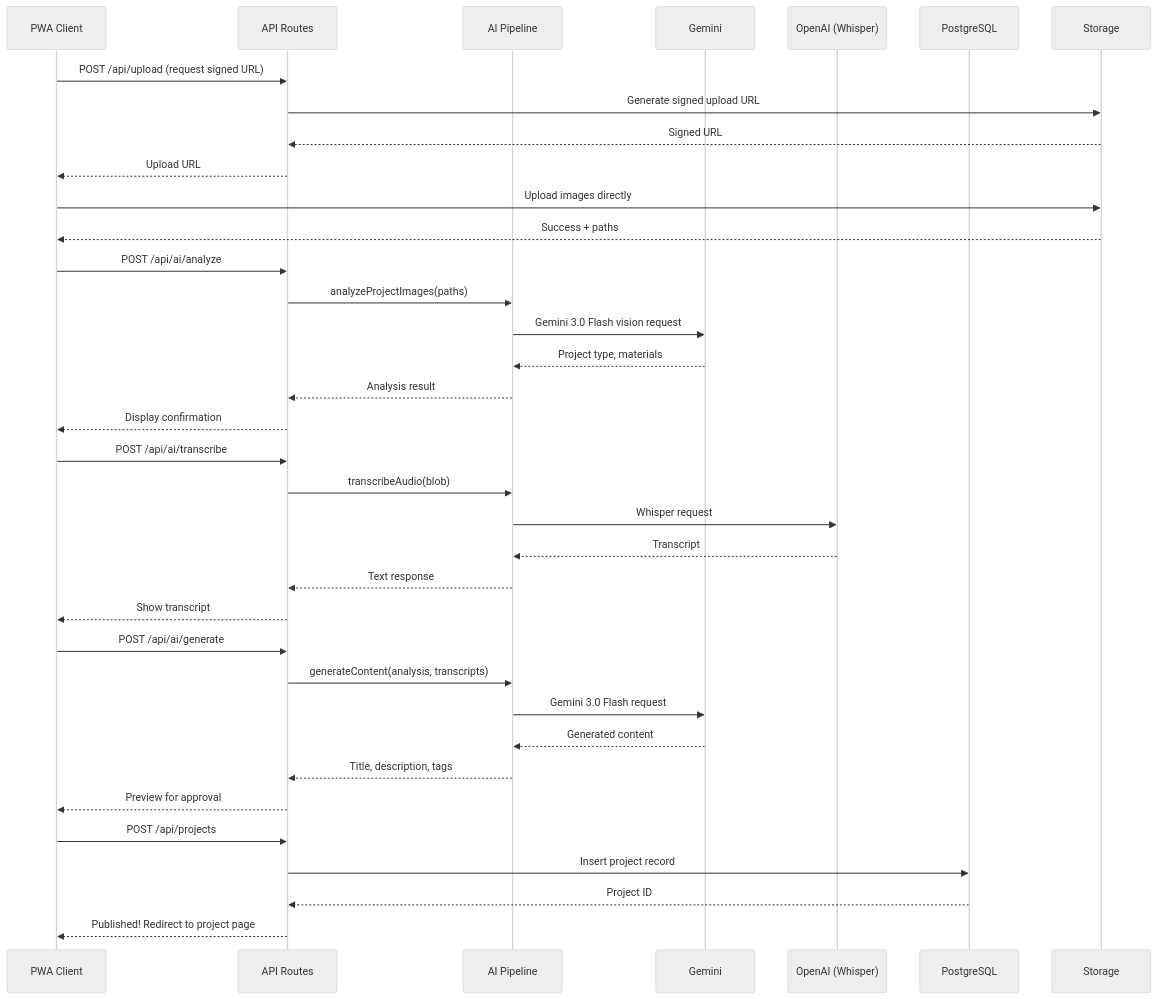
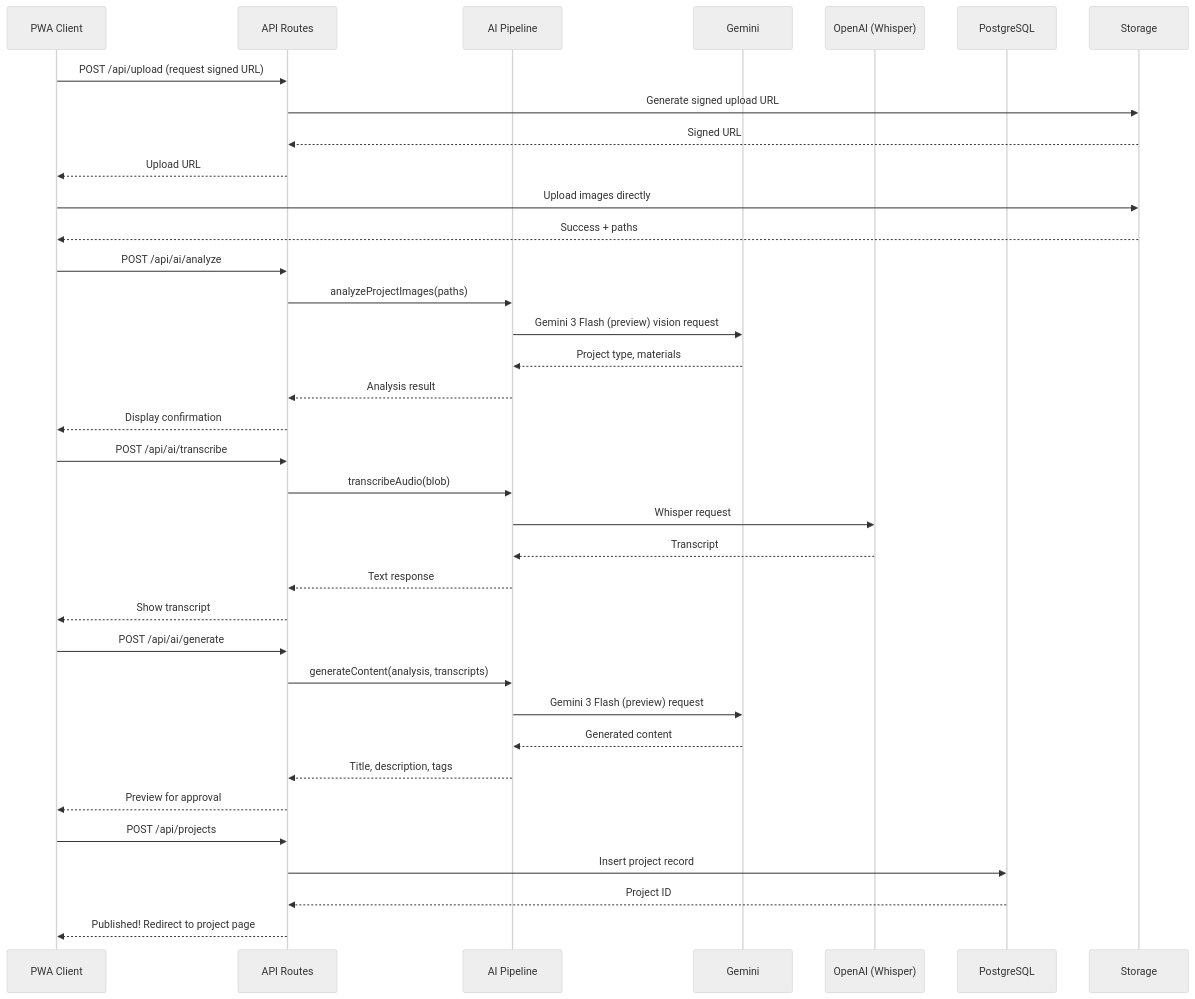
One commit to AaronBakerDev/knearme-platform changed the second of 2 diagrams in docs/03-architecture/c4-container.md. Above: the diagram before and after it, drawn with Mermaid (neutral theme). The commit also changed other lines of this file and 249 other files, not shown here.

First line of the commit message:
feat: Complete chat wizard with live preview, voice input, and multi-agent architecture

````diff
--- a/docs/03-architecture/c4-container.md
+++ b/docs/03-architecture/c4-container.md
@@ -184,44 +184,44 @@
 ```mermaid
 sequenceDiagram
     participant C as PWA Client
     participant API as API Routes
     participant AI as AI Pipeline
     participant GEM as Gemini
     participant OAI as OpenAI (Whisper)
     participant DB as PostgreSQL
     participant S3 as Storage
 
     C->>API: POST /api/upload (request signed URL)
     API->>S3: Generate signed upload URL
     S3-->>API: Signed URL
     API-->>C: Upload URL
 
     C->>S3: Upload images directly
     S3-->>C: Success + paths
 
     C->>API: POST /api/ai/analyze
     API->>AI: analyzeProjectImages(paths)
-    AI->>GEM: Gemini 3.0 Flash vision request
+    AI->>GEM: Gemini 3 Flash (preview) vision request
     GEM-->>AI: Project type, materials
     AI-->>API: Analysis result
     API-->>C: Display confirmation
 
     C->>API: POST /api/ai/transcribe
     API->>AI: transcribeAudio(blob)
     AI->>OAI: Whisper request
     OAI-->>AI: Transcript
     AI-->>API: Text response
     API-->>C: Show transcript
 
     C->>API: POST /api/ai/generate
     API->>AI: generateContent(analysis, transcripts)
-    AI->>GEM: Gemini 3.0 Flash request
+    AI->>GEM: Gemini 3 Flash (preview) request
     GEM-->>AI: Generated content
     AI-->>API: Title, description, tags
     API-->>C: Preview for approval
 
     C->>API: POST /api/projects
     API->>DB: Insert project record
     DB-->>API: Project ID
     API-->>C: Published! Redirect to project page
 ```
````
